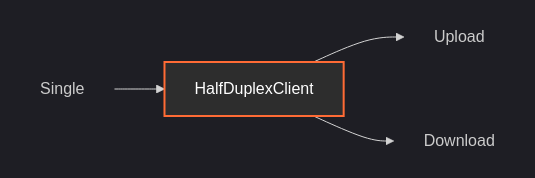
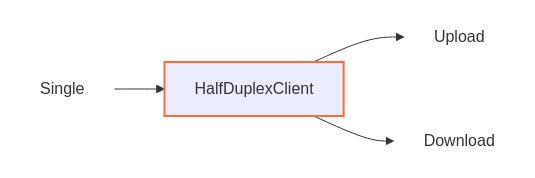
Before and after one commit to bigmoveus/WaterWall-Docs: the diagram in docs/02-noderefs/halfduplex-client.mdx, drawn with Mermaid. The commit also changed other lines of this file and 7 other files, not shown here.

````diff
--- a/docs/02-noderefs/halfduplex-client.mdx
+++ b/docs/02-noderefs/halfduplex-client.mdx
@@ -19,12 +19,11 @@
 ```mermaid
-%%{init: {'theme':'dark'}}%%
 flowchart LR
     A[Single] --> B[HalfDuplexClient]
     B[HalfDuplexClient] --> C[Upload]
     B[HalfDuplexClient] --> D[Download]
     
-    style B fill:#2d2d2d,stroke:#ff6b35,stroke-width:2px,color:#ffffff
+    style B stroke:#ff6b35,stroke-width:2px
     style A fill:transparent,stroke:transparent
     style C fill:transparent,stroke:transparent
     style D fill:transparent,stroke:transparent
 ```
````
